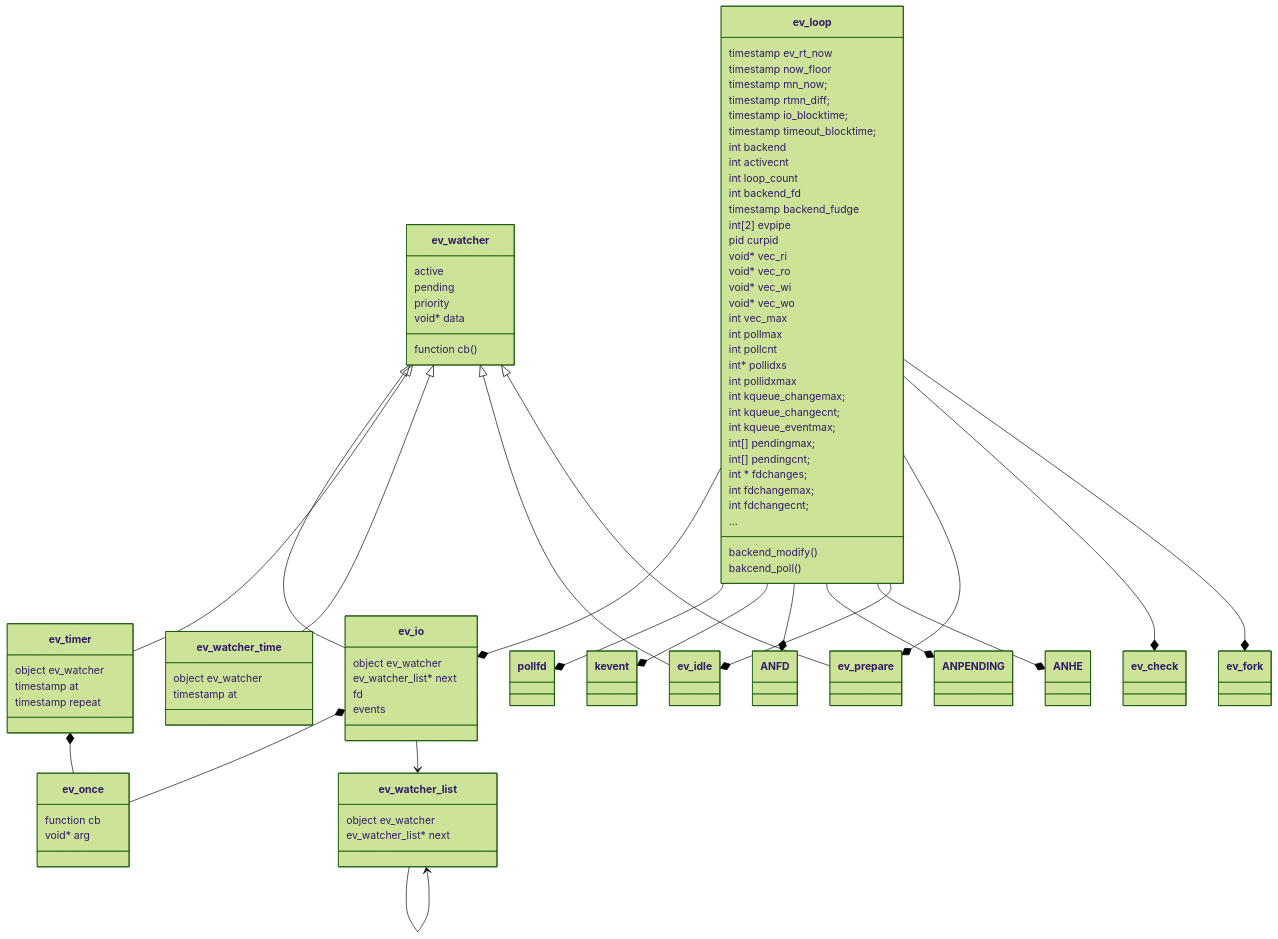
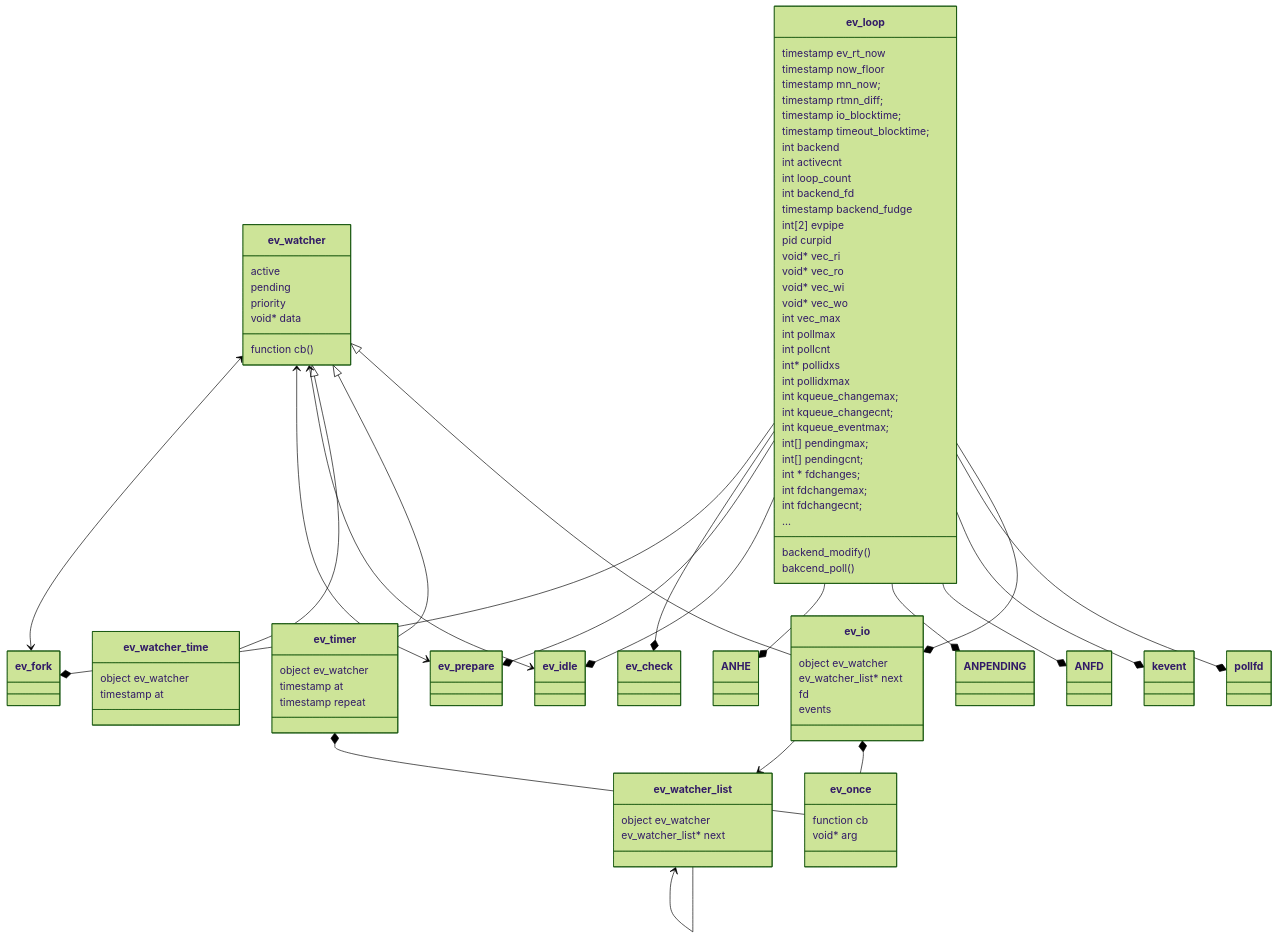
Before and after one commit to zivyou/notes: the second of 4 diagrams in libev-analysis/libev.md, drawn with Mermaid (forest theme). The commit also changed other lines of this file, not shown here.

````diff
--- a/libev-analysis/libev.md
+++ b/libev-analysis/libev.md
@@ -130,7 +169,8 @@
   ev_loop --* ev_check
   ev_loop --* ev_fork
 
-  ev_watcher<|-- ev_idle
-    ev_watcher<|-- ev_prepare
+  ev_watcher <--> ev_idle
+  ev_watcher <--> ev_prepare
+  ev_watcher <--> ev_fork
 
 ```
````
